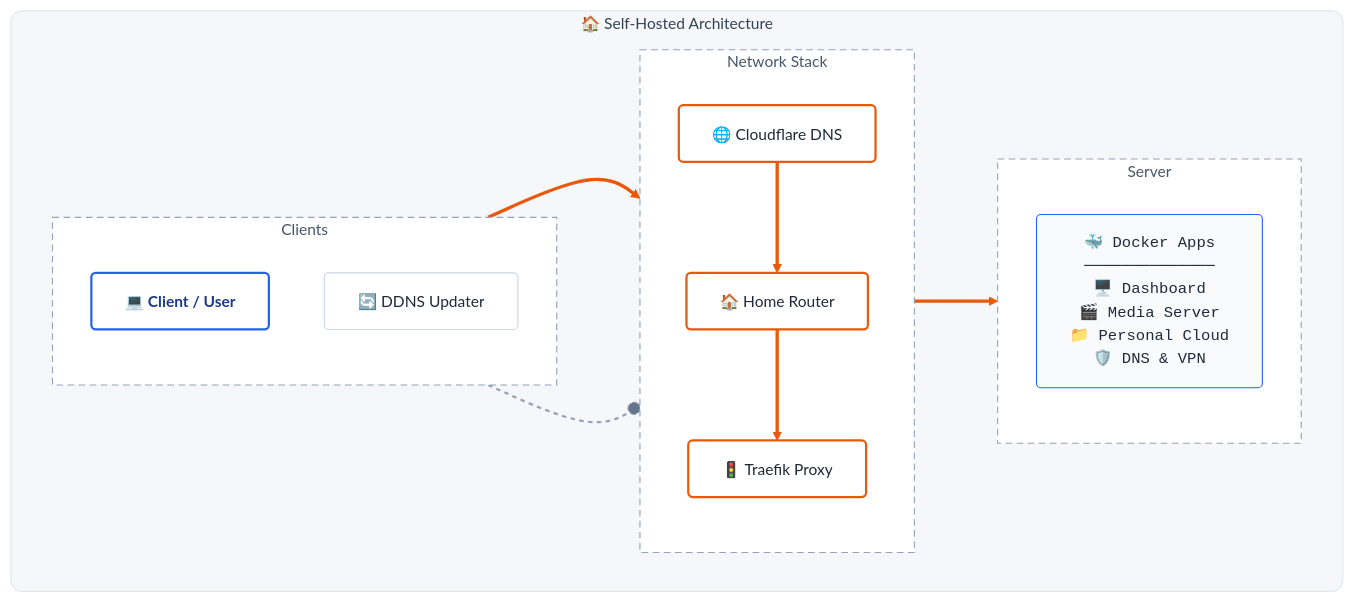
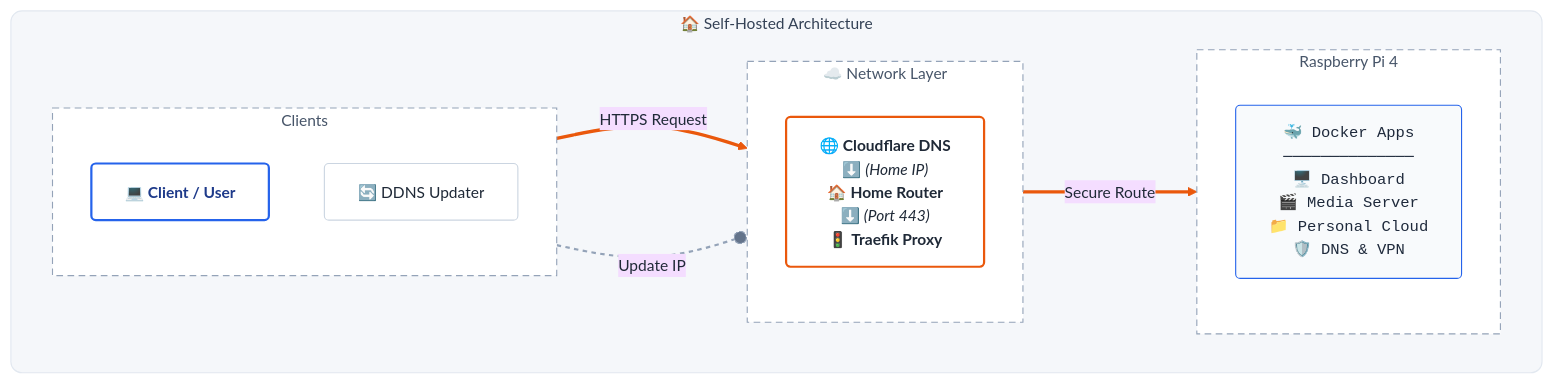
Before and after one commit to charan-altro/self-host-lab: the diagram in README.md, drawn with Mermaid.

````diff
--- a/README.md
+++ b/README.md
@@ -10,75 +10,80 @@
 ```mermaid
 %%{init: {
   'theme': 'base',
   'themeVariables': {
     'background': '#F5F7FA',
     'primaryTextColor': '#1F2937',
     'lineColor': '#64748B',
     'fontSize': '14px'
   }
 }}%%
-flowchart TD
-    %% SWITCHING TO TOP-DOWN (TD) allows precise vertical control
-    %% But we will use "clusters" to fake the horizontal aspect
-    
-    %% --- STYLES ---
+flowchart LR
+    %% --- STYLE DEFINITIONS ---
     classDef base fill:#FFFFFF,stroke:#CBD5E1,stroke-width:1px,color:#1F2937,rx:4,ry:4,shadow:true
     classDef client fill:#FFFFFF,stroke:#2563EB,stroke-width:2px,color:#1E3A8A,rx:4,ry:4,font-weight:bold,shadow:true
-    classDef transit fill:#FFFFFF,stroke:#EA580C,stroke-width:2px,color:#1F2937,rx:4,ry:4,shadow:true
+    
+    %% The Network Stack Style (Orange Border, centered text)
+    classDef netStack fill:#FFFFFF,stroke:#EA580C,stroke-width:2px,color:#1F2937,rx:4,ry:4,shadow:true,align:center
+    
+    %% The App Stack Style (Blue Border, left aligned)
     classDef appStack fill:#F8FAFC,stroke:#2563EB,stroke-width:1px,color:#1E293B,rx:4,ry:4,align:left,font-family:monospace
-    
-    %% Container Styles
+
+    %% --- CONTAINER STYLING ---
     classDef masterZone fill:#F5F7FA,stroke:#E2E8F0,stroke-width:1px,rx:10,ry:10,color:#334155
     classDef innerZone fill:#FFFFFF,stroke:#94A3B8,stroke-width:1px,stroke-dasharray: 6 4,color:#475569
 
-    %% --- MAIN CONTAINER ---
+    %% --- DIAGRAM CONTENT ---
+
     subgraph HomeLab ["🏠 Self-Hosted Architecture"]
-        
-        %% We use invisible links to place USER left of DNS, and SERVER right of TRAEFIK
-        %% But standard Mermaid TD makes this hard.
-        
-        %% Let's try the LR approach one last time with 'subgraph' ordering hacks
         direction LR
 
-        subgraph Inputs [Clients]
+        %% 1. LEFT: Inputs
+        subgraph Inputs ["Clients"]
             direction TB
             User["💻 Client / User"]:::client
             DDNS["🔄 DDNS Updater"]:::base
         end
 
-        subgraph Network [Network Stack]
+        %% 2. MIDDLE: Network Stack (FORCED VERTICAL VIA HTML)
+        subgraph Network ["☁️ Network Layer"]
             direction TB
-            DNS["🌐 Cloudflare DNS"]:::transit
-            Router["🏠 Home Router"]:::transit
-            Traefik["🚦 Traefik Proxy"]:::transit
-            
-            %% Force order
-            DNS --> Router --> Traefik
+            %% This node uses HTML <br> tags to force the vertical look
+            %% It simulates the stack perfectly in a single box
+            NetStack["🌐 <b>Cloudflare DNS</b>
+            ⬇️ <i>(Home IP)</i>
+            🏠 <b>Home Router</b>
+            ⬇️ <i>(Port 443)</i>
+            🚦 <b>Traefik Proxy</b>"]:::netStack
         end
 
-        subgraph Server [Server]
+        %% 3. RIGHT: Server
+        subgraph Server ["Raspberry Pi 4"]
             direction TB
             Docker["🐳 Docker Apps
             ──────────────
             🖥️ Dashboard
             🎬 Media Server
             📁 Personal Cloud
             🛡️ DNS & VPN"]:::appStack
         end
     end
 
-    %% CONNECTIONS
-    User --> DNS
-    Traefik --> Docker
-    DDNS -.-o DNS
+    %% --- CONNECTIONS ---
+    
+    %% User hits the Network Stack
+    User ==>|"HTTPS Request"| NetStack
+    
+    %% Network Stack hits the Server
+    NetStack ==>|"Secure Route"| Docker
 
-    %% LINK STYLES
-    linkStyle 0,1 stroke:#EA580C,stroke-width:3px
-    linkStyle 2 stroke:#EA580C,stroke-width:3px
-    linkStyle 3 stroke:#EA580C,stroke-width:3px
-    linkStyle 4 stroke:#94A3B8,stroke-width:2px,stroke-dasharray: 4 4
+    %% Maintenance Path
+    DDNS -.-o|"Update IP"| NetStack
 
-    %% APPLY STYLES
+    %% --- APPLY STYLES ---
     class HomeLab masterZone
     class Inputs,Network,Server innerZone
+
+    %% Link Styling
+    linkStyle 0,1 stroke:#EA580C,stroke-width:3px,fill:none
+    linkStyle 2 stroke:#94A3B8,stroke-width:2px,stroke-dasharray: 4 4
 ```
````
